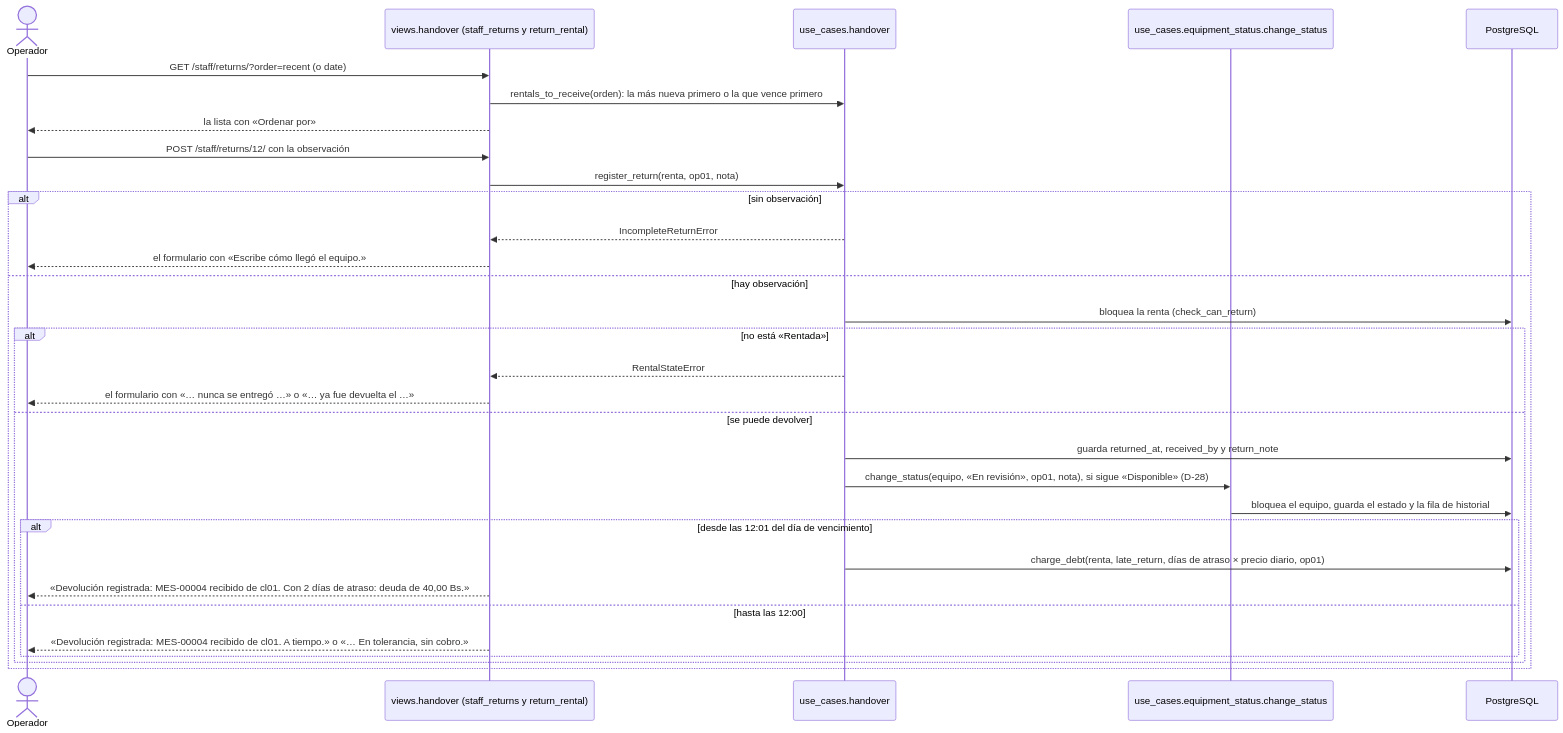
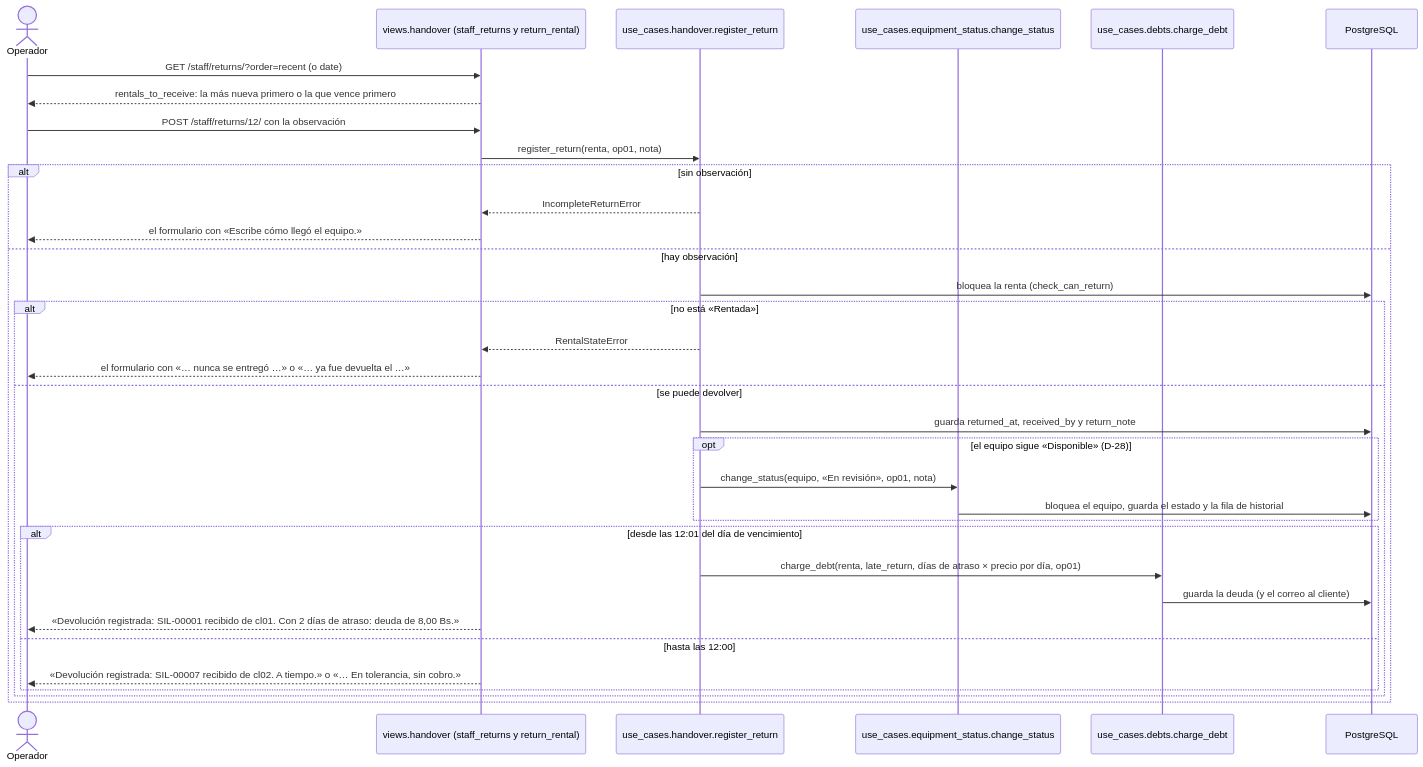
Before and after one commit to peterteranb/astra-rent-system: diagram 19 of 39 in docs/casos-de-uso.md, drawn with Mermaid. The commit also changed other lines of this file and 9 other files, not shown here.

````diff
--- a/docs/casos-de-uso.md
+++ b/docs/casos-de-uso.md
@@ -667,33 +815,36 @@
 ```mermaid
 sequenceDiagram
     actor O as Operador
     participant V as views.handover (staff_returns y return_rental)
-    participant U as use_cases.handover
+    participant U as use_cases.handover.register_return
     participant H as use_cases.equipment_status.change_status
+    participant D as use_cases.debts.charge_debt
     participant BD as PostgreSQL
     O->>V: GET /staff/returns/?order=recent (o date)
-    V->>U: rentals_to_receive(orden): la más nueva primero o la que vence primero
-    V-->>O: la lista con «Ordenar por»
+    V-->>O: rentals_to_receive: la más nueva primero o la que vence primero
     O->>V: POST /staff/returns/12/ con la observación
     V->>U: register_return(renta, op01, nota)
     alt sin observación
         U-->>V: IncompleteReturnError
         V-->>O: el formulario con «Escribe cómo llegó el equipo.»
     else hay observación
         U->>BD: bloquea la renta (check_can_return)
         alt no está «Rentada»
             U-->>V: RentalStateError
             V-->>O: el formulario con «… nunca se entregó …» o «… ya fue devuelta el …»
         else se puede devolver
             U->>BD: guarda returned_at, received_by y return_note
-            U->>H: change_status(equipo, «En revisión», op01, nota), si sigue «Disponible» (D-28)
-            H->>BD: bloquea el equipo, guarda el estado y la fila de historial
+            opt el equipo sigue «Disponible» (D-28)
+                U->>H: change_status(equipo, «En revisión», op01, nota)
+                H->>BD: bloquea el equipo, guarda el estado y la fila de historial
+            end
             alt desde las 12:01 del día de vencimiento
-                U->>BD: charge_debt(renta, late_return, días de atraso × precio diario, op01)
-                V-->>O: «Devolución registrada: MES-00004 recibido de cl01. Con 2 días de atraso: deuda de 40,00 Bs.»
+                U->>D: charge_debt(renta, late_return, días de atraso × precio por día, op01)
+                D->>BD: guarda la deuda (y el correo al cliente)
+                V-->>O: «Devolución registrada: SIL-00001 recibido de cl01. Con 2 días de atraso: deuda de 8,00 Bs.»
             else hasta las 12:00
-                V-->>O: «Devolución registrada: MES-00004 recibido de cl01. A tiempo.» o «… En tolerancia, sin cobro.»
+                V-->>O: «Devolución registrada: SIL-00007 recibido de cl02. A tiempo.» o «… En tolerancia, sin cobro.»
             end
         end
     end
 ```
````
